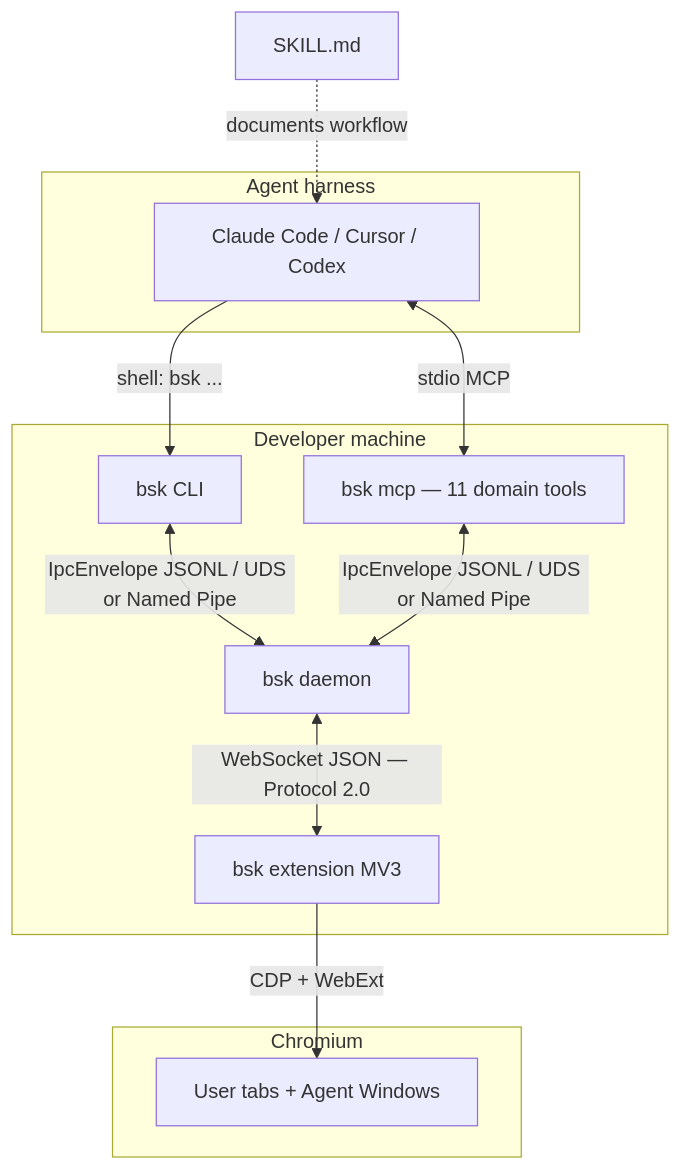
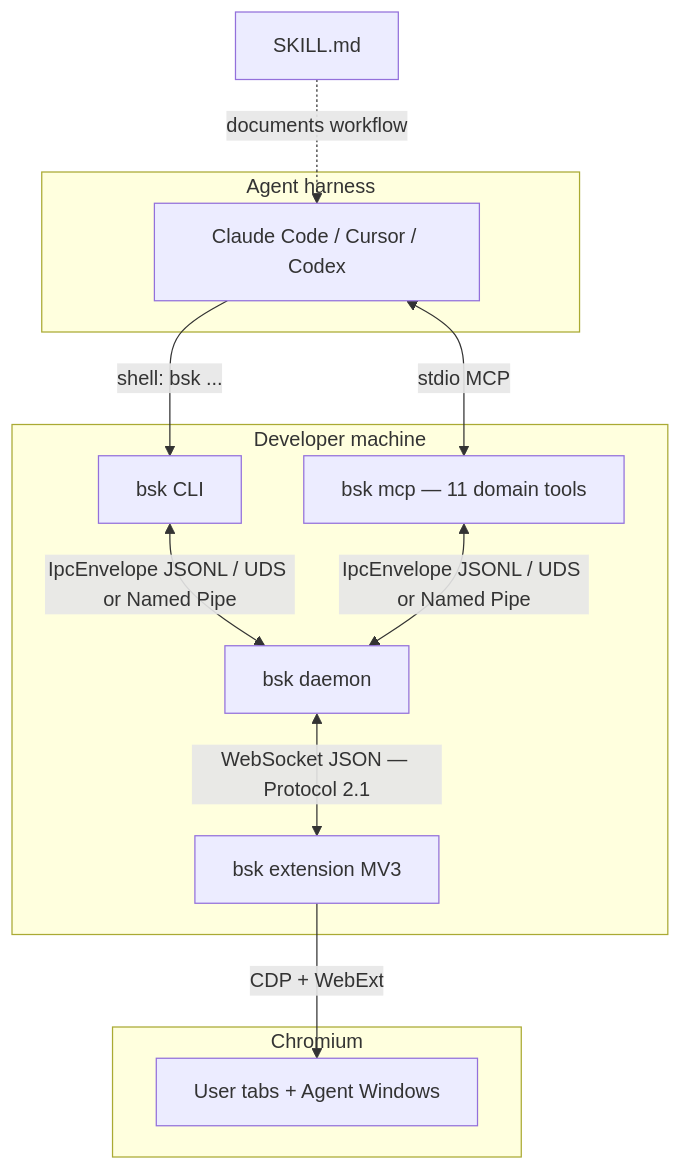
Before and after one commit to Tencent/BrowserSkill: the first of 2 diagrams in docs/architecture.md, drawn with Mermaid. The commit also changed 27 other files, not shown here.

````diff
--- a/docs/architecture.md
+++ b/docs/architecture.md
@@ -12,20 +12,20 @@
 ```mermaid
 flowchart TB
   subgraph harness [Agent harness]
     Agent[Claude Code / Cursor / Codex]
   end
 
   subgraph host [Developer machine]
   Agent -->|shell: bsk ...| CLI[bsk CLI]
   Agent <-->|stdio MCP| MCP[bsk mcp — 11 domain tools]
   CLI <-->|IpcEnvelope JSONL / UDS or Named Pipe| Daemon[bsk daemon]
   MCP <-->|IpcEnvelope JSONL / UDS or Named Pipe| Daemon
-  Daemon <-->|WebSocket JSON — Protocol 2.0| Ext[bsk extension MV3]
+  Daemon <-->|WebSocket JSON — Protocol 2.1| Ext[bsk extension MV3]
   end
 
   subgraph browser [Chromium]
   Ext -->|CDP + WebExt| Tabs[User tabs + Agent Windows]
   end
 
   Skill[SKILL.md] -.->|documents workflow| Agent
 ```
````
